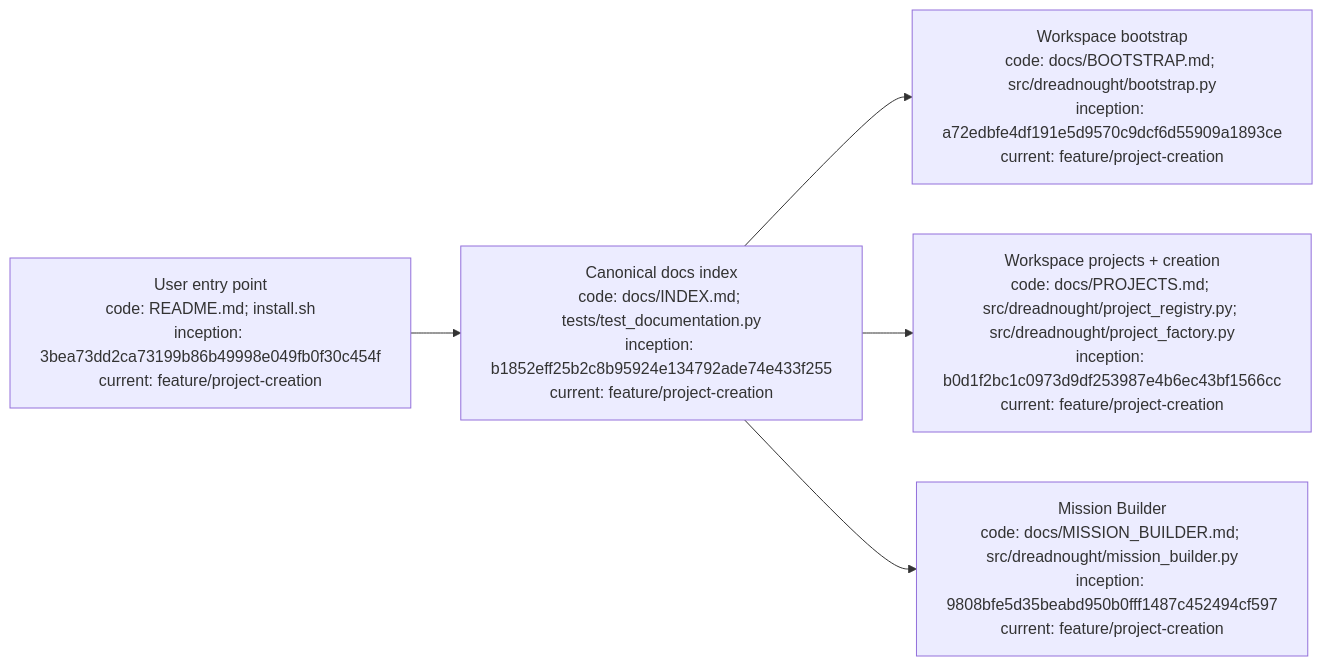
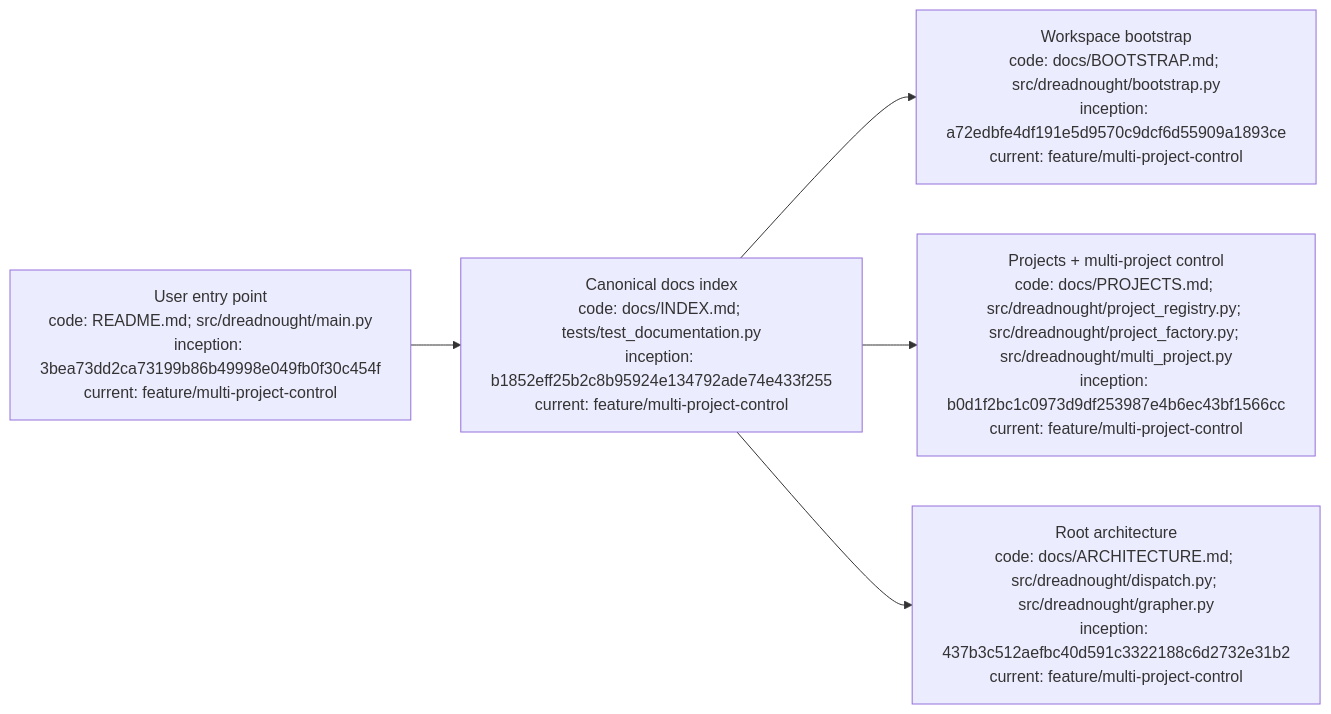
One commit to seanbman/dreadnought changed the diagram in docs/INDEX.md. Above: the diagram before and after it, drawn with Mermaid. The commit also changed other lines of this file, not shown here.

Commit message:
docs: mark multi-project control current

````diff
--- a/docs/INDEX.md
+++ b/docs/INDEX.md
@@ -67,7 +67,7 @@
 ```mermaid
 flowchart LR
-    R["User entry point\ncode: README.md; install.sh\ninception: 3bea73dd2ca73199b86b49998e049fb0f30c454f\ncurrent: feature/project-creation"] --> I["Canonical docs index\ncode: docs/INDEX.md; tests/test_documentation.py\ninception: b1852eff25b2c8b95924e134792ade74e433f255\ncurrent: feature/project-creation"]
-    I --> B["Workspace bootstrap\ncode: docs/BOOTSTRAP.md; src/dreadnought/bootstrap.py\ninception: a72edbfe4df191e5d9570c9dcf6d55909a1893ce\ncurrent: feature/project-creation"]
-    I --> P["Workspace projects + creation\ncode: docs/PROJECTS.md; src/dreadnought/project_registry.py; src/dreadnought/project_factory.py\ninception: b0d1f2bc1c0973d9df253987e4b6ec43bf1566cc\ncurrent: feature/project-creation"]
-    I --> M["Mission Builder\ncode: docs/MISSION_BUILDER.md; src/dreadnought/mission_builder.py\ninception: 9808bfe5d35beabd950b0fff1487c452494cf597\ncurrent: feature/project-creation"]
+    R["User entry point\ncode: README.md; src/dreadnought/main.py\ninception: 3bea73dd2ca73199b86b49998e049fb0f30c454f\ncurrent: feature/multi-project-control"] --> I["Canonical docs index\ncode: docs/INDEX.md; tests/test_documentation.py\ninception: b1852eff25b2c8b95924e134792ade74e433f255\ncurrent: feature/multi-project-control"]
+    I --> B["Workspace bootstrap\ncode: docs/BOOTSTRAP.md; src/dreadnought/bootstrap.py\ninception: a72edbfe4df191e5d9570c9dcf6d55909a1893ce\ncurrent: feature/multi-project-control"]
+    I --> P["Projects + multi-project control\ncode: docs/PROJECTS.md; src/dreadnought/project_registry.py; src/dreadnought/project_factory.py; src/dreadnought/multi_project.py\ninception: b0d1f2bc1c0973d9df253987e4b6ec43bf1566cc\ncurrent: feature/multi-project-control"]
+    I --> A["Root architecture\ncode: docs/ARCHITECTURE.md; src/dreadnought/dispatch.py; src/dreadnought/grapher.py\ninception: 437b3c512aefbc40d591c3322188c6d2732e31b2\ncurrent: feature/multi-project-control"]
 ```
````
